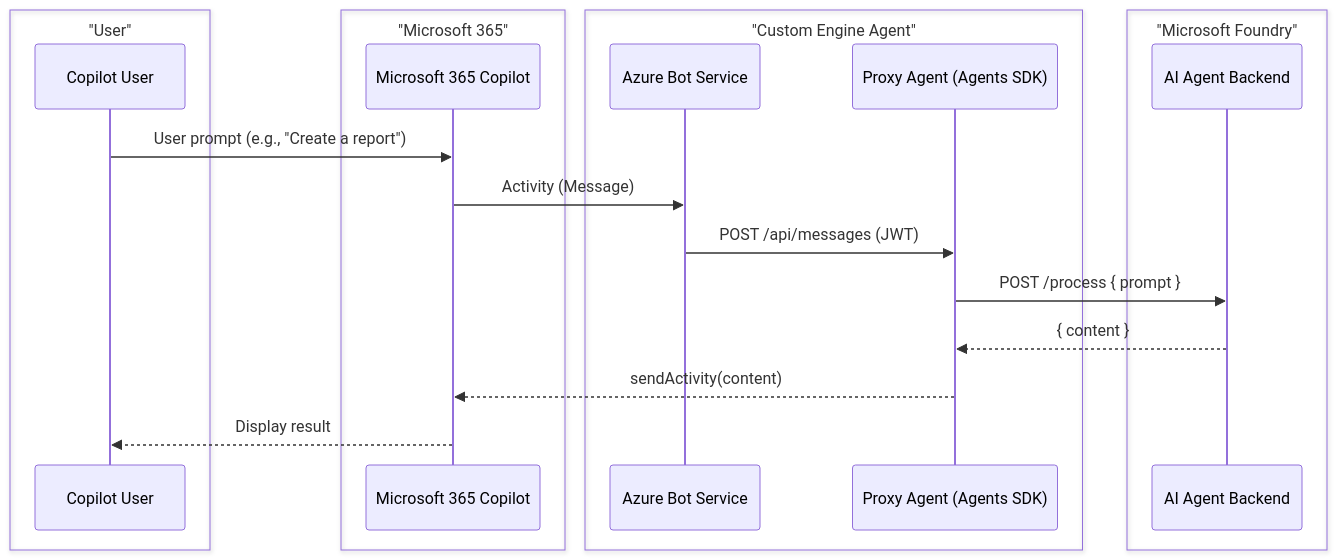
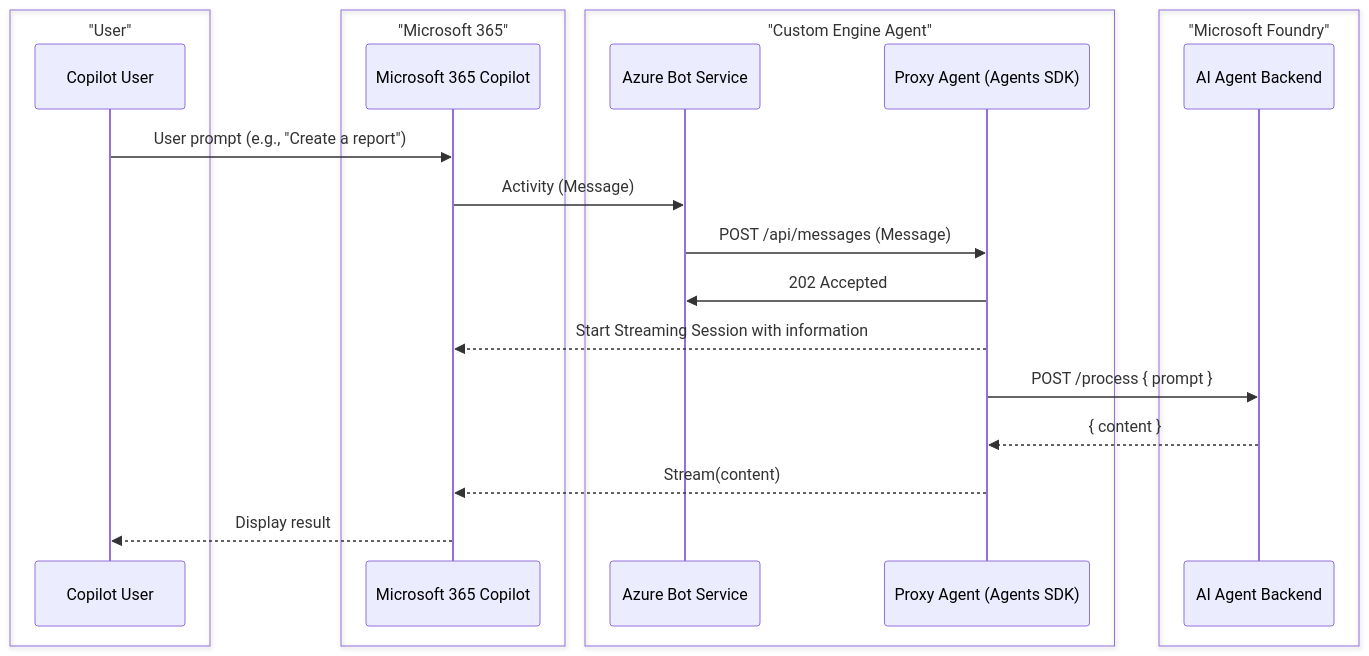
Before and after one commit to ericsche/ProxyAgent-CSharp: the diagram in README.md, drawn with Mermaid. The commit also changed other lines of this file, not shown here.

Commit message:
Update Video & Mermaid

````diff
--- a/README.md
+++ b/README.md
@@ -19,29 +19,31 @@
 ```mermaid
 sequenceDiagram
     %% Groups
     box "User"
         participant U as Copilot User
     end
 
     box "Microsoft 365"
         participant M as Microsoft 365 Copilot
     end
 
     box "Custom Engine Agent"
         participant B as Azure Bot Service
         participant P as Proxy Agent (Agents SDK)
     end
 
     box "Microsoft Foundry"
         participant A as AI Agent Backend
     end
 
     %% Flow
     U->>M: User prompt (e.g., "Create a report")
     M->>B: Activity (Message)
-    B->>P: POST /api/messages (JWT)
+    B->>P: POST /api/messages (Message)
+    P->>B: 202 Accepted
+    P-->>M: Start Streaming Session with information
     P->>A: POST /process { prompt }
     A-->>P: { content }
-    P-->>M: sendActivity(content)
+    P-->>M: Stream(content)
     M-->>U: Display result
 ```
````
